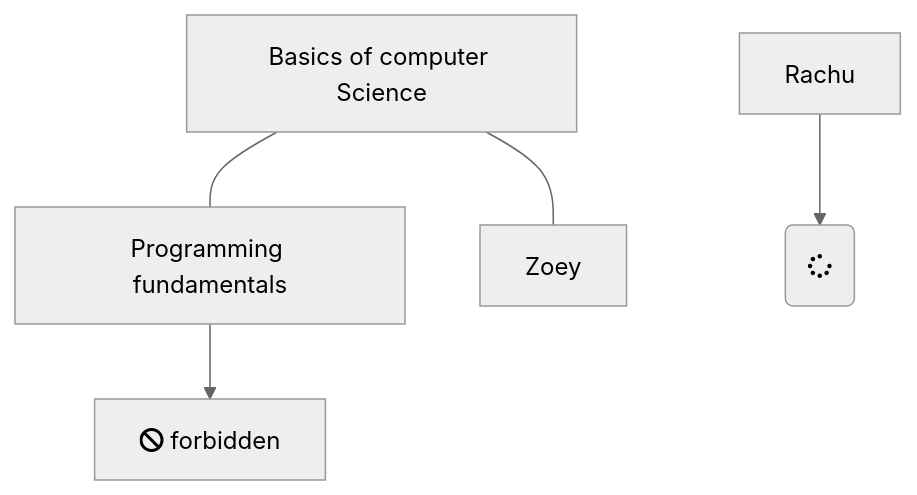
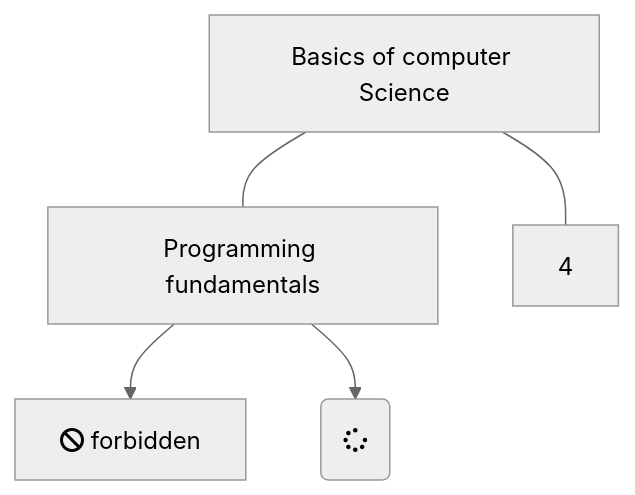
Before and after one commit to theclassrooms/theclassrooms.github.io: the diagram in README.md, drawn with Mermaid (neutral theme).

````diff
--- a/README.md
+++ b/README.md
@@ -18,9 +18,9 @@
 ```mermaid
 graph TD
     1[Basics of computer Science] --- 2[Programming fundamentals]
     2-->C[fa:fa-ban forbidden]
-    Rachu-->D(fa:fa-spinner);
+    2-->D(fa:fa-spinner);
     click 1 "./#section1" "this is a link"
-    1 --- Zoey
+    1 --- 4
 
 ```
````
